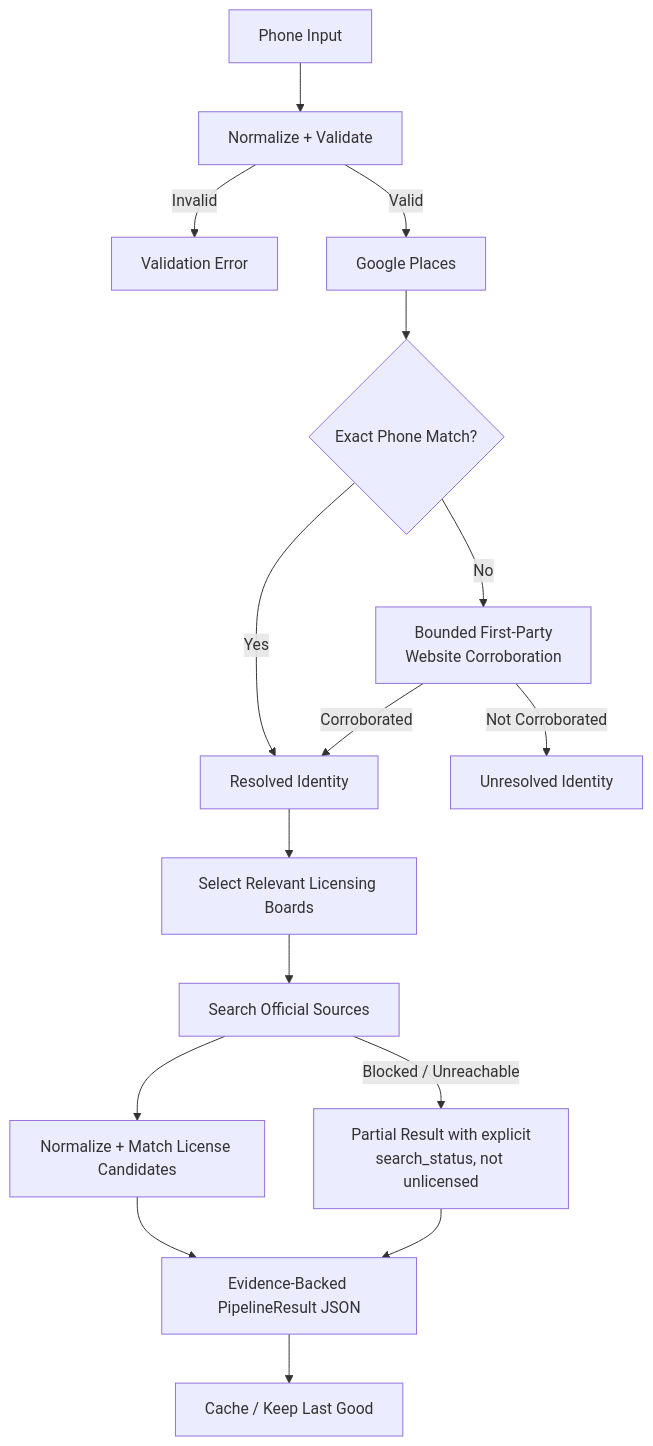
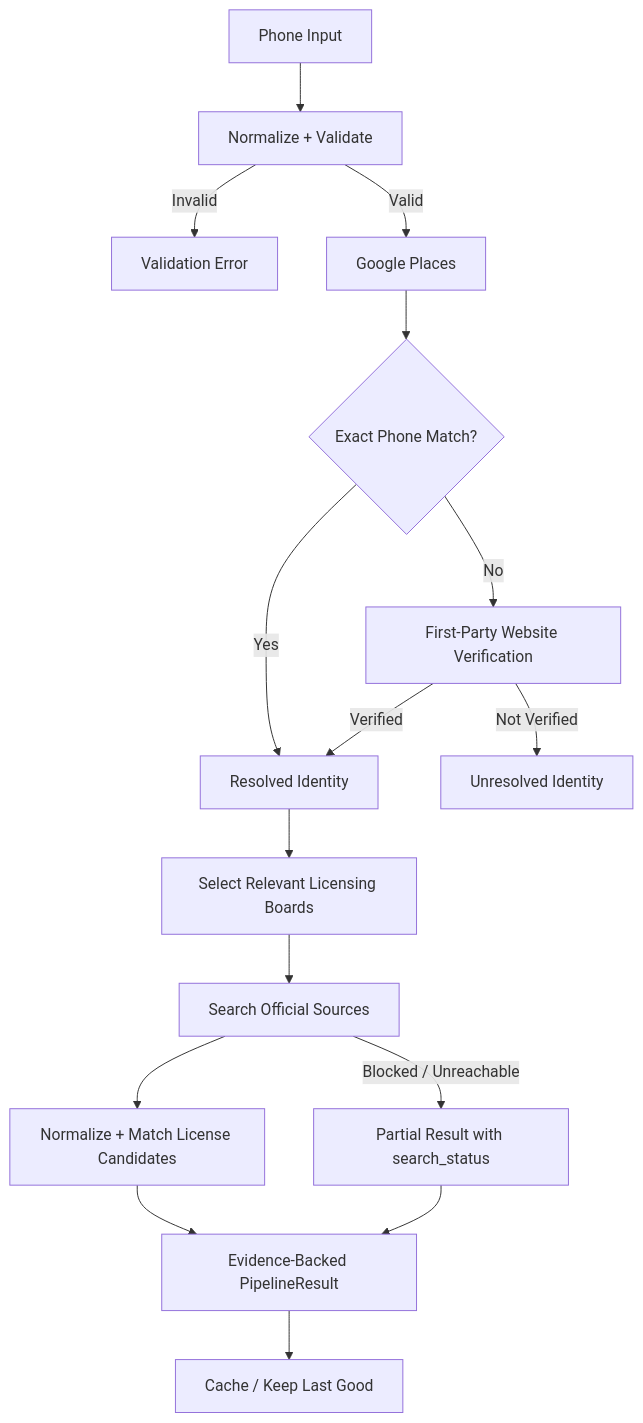
Before and after one commit to jahnavib26/hirenimbus-license-discovery-agent: the diagram in README.md, drawn with Mermaid. The commit also changed other lines of this file, not shown here.

````diff
--- a/README.md
+++ b/README.md
@@ -87,21 +72,24 @@
 ```mermaid
 flowchart TD
     A[Phone Input] --> B[Normalize + Validate]
     B -->|Invalid| X[Validation Error]
     B -->|Valid| C[Google Places]
+
     C --> D{Exact Phone Match?}
 
     D -->|Yes| E[Resolved Identity]
-    D -->|No| F[Bounded First-Party<br/>Website Corroboration]
-    F -->|Corroborated| E
-    F -->|Not Corroborated| Y[Unresolved Identity]
+    D -->|No| F[First-Party Website Verification]
+
+    F -->|Verified| E
+    F -->|Not Verified| Y[Unresolved Identity]
 
     E --> G[Select Relevant Licensing Boards]
     G --> H[Search Official Sources]
     H --> I[Normalize + Match License Candidates]
-    I --> J[Evidence-Backed PipelineResult JSON]
+    I --> J[Evidence-Backed PipelineResult]
 
-    H -->|Blocked / Unreachable| K[Partial Result with explicit<br/>search_status, not unlicensed]
+    H -->|Blocked / Unreachable| K[Partial Result with search_status]
     K --> J
+
     J --> L[Cache / Keep Last Good]
 ```
````
